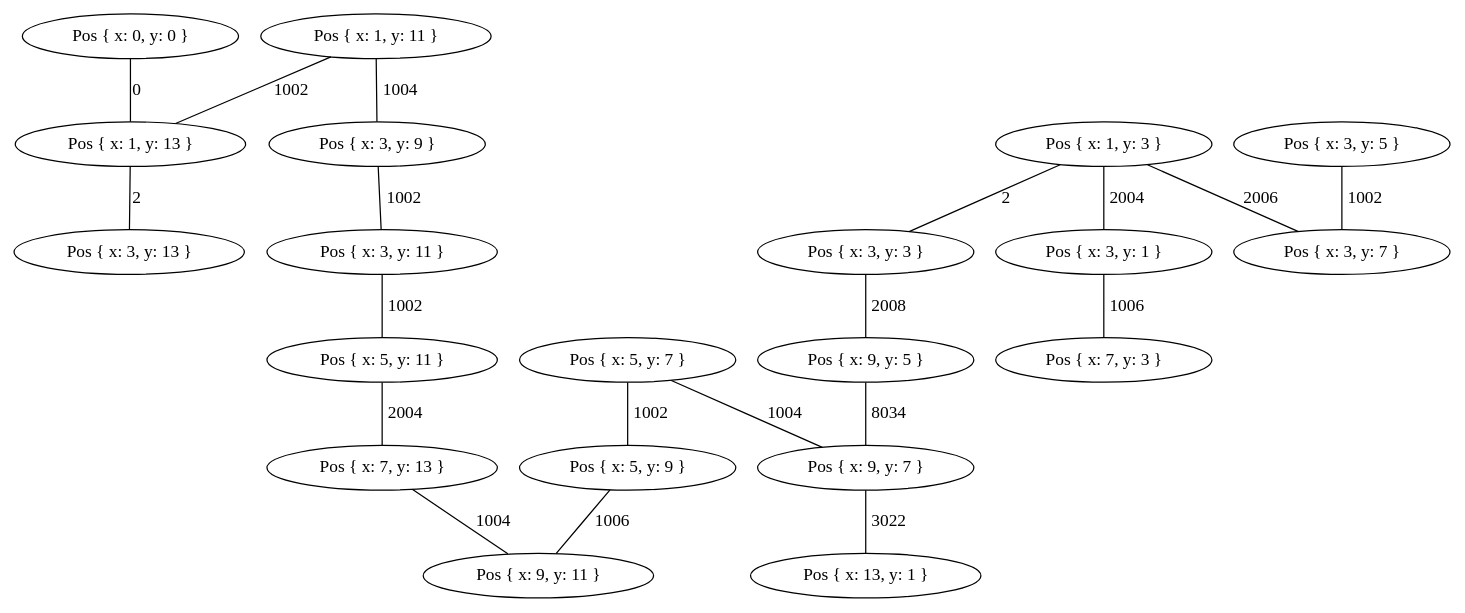
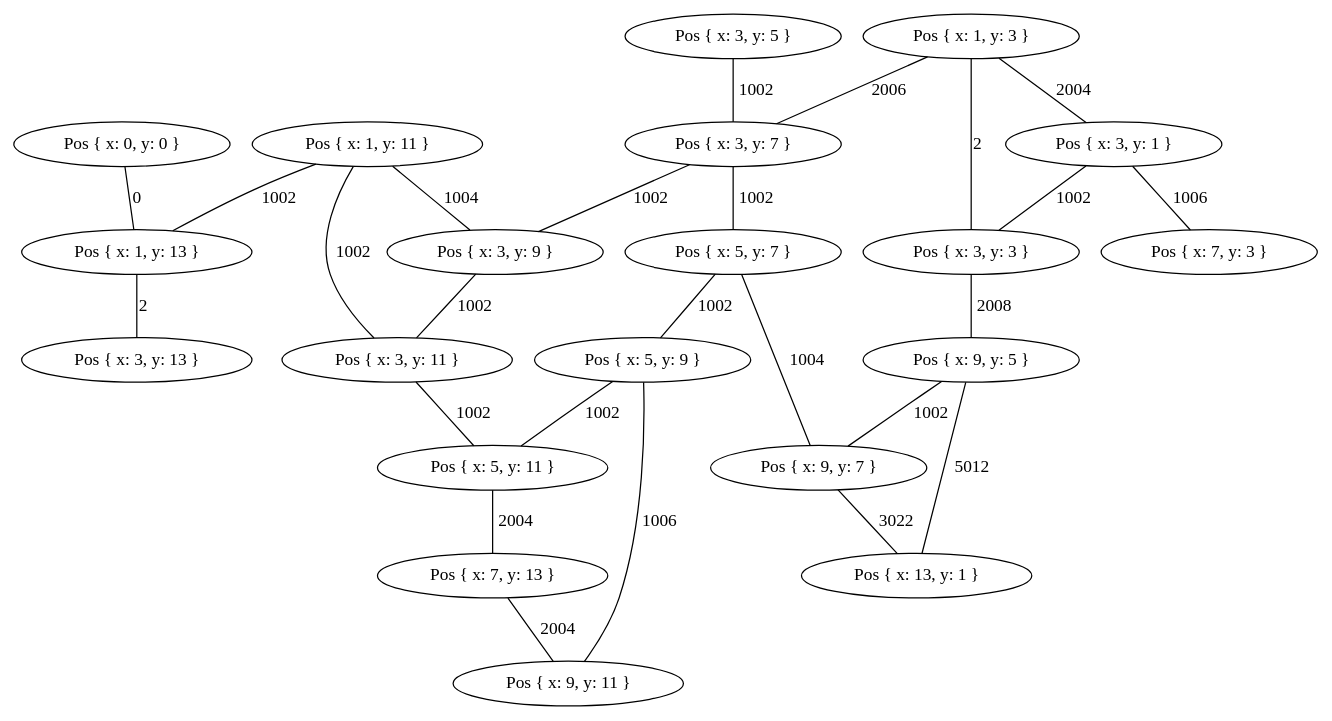
The diagram in Rust/day16/flight_network.dot (finlaysr/AoC2024), drawn with Graphviz before and after one commit. The commit also changed 4 other files, not shown here.

```diff
--- a/Rust/day16/flight_network.dot
+++ b/Rust/day16/flight_network.dot
@@ -1,41 +1,47 @@
 graph {
     0 [ label = "Pos { x: 0, y: 0 }" ]
     1 [ label = "Pos { x: 1, y: 13 }" ]
     2 [ label = "Pos { x: 3, y: 13 }" ]
     3 [ label = "Pos { x: 1, y: 11 }" ]
     4 [ label = "Pos { x: 3, y: 9 }" ]
     5 [ label = "Pos { x: 3, y: 11 }" ]
     6 [ label = "Pos { x: 5, y: 11 }" ]
     7 [ label = "Pos { x: 7, y: 13 }" ]
     8 [ label = "Pos { x: 9, y: 11 }" ]
     9 [ label = "Pos { x: 5, y: 9 }" ]
     10 [ label = "Pos { x: 5, y: 7 }" ]
     11 [ label = "Pos { x: 9, y: 7 }" ]
     12 [ label = "Pos { x: 13, y: 1 }" ]
     13 [ label = "Pos { x: 9, y: 5 }" ]
     14 [ label = "Pos { x: 3, y: 3 }" ]
     15 [ label = "Pos { x: 1, y: 3 }" ]
     16 [ label = "Pos { x: 3, y: 1 }" ]
     17 [ label = "Pos { x: 7, y: 3 }" ]
     18 [ label = "Pos { x: 3, y: 7 }" ]
     19 [ label = "Pos { x: 3, y: 5 }" ]
     0 -- 1 [ label = "0" ]
     1 -- 2 [ label = "2" ]
     3 -- 1 [ label = "1002" ]
     3 -- 4 [ label = "1004" ]
     4 -- 5 [ label = "1002" ]
+    3 -- 5 [ label = "1002" ]
     5 -- 6 [ label = "1002" ]
     6 -- 7 [ label = "2004" ]
-    7 -- 8 [ label = "1004" ]
+    7 -- 8 [ label = "2004" ]
     9 -- 8 [ label = "1006" ]
     10 -- 9 [ label = "1002" ]
     10 -- 11 [ label = "1004" ]
     11 -- 12 [ label = "3022" ]
-    13 -- 11 [ label = "8034" ]
+    13 -- 12 [ label = "5012" ]
     14 -- 13 [ label = "2008" ]
     15 -- 14 [ label = "2" ]
     15 -- 16 [ label = "2004" ]
     16 -- 17 [ label = "1006" ]
+    16 -- 14 [ label = "1002" ]
     15 -- 18 [ label = "2006" ]
+    18 -- 10 [ label = "1002" ]
+    18 -- 4 [ label = "1002" ]
     19 -- 18 [ label = "1002" ]
+    13 -- 11 [ label = "1002" ]
+    9 -- 6 [ label = "1002" ]
 }
```
